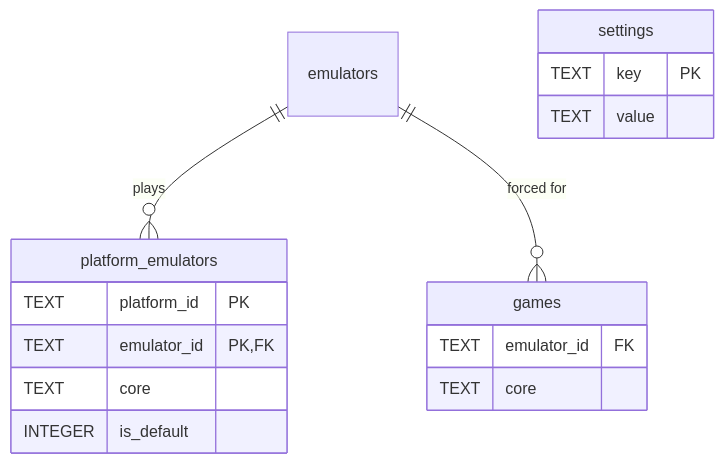
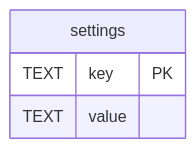
One commit to alexisiba/ilnamiki changed the second of 2 diagrams in DATABASE.md. Above: the diagram before and after it, drawn with Mermaid. The commit also changed other lines of this file and 43 other files, not shown here.

First line of the commit message:
Choose the core a platform's games and each game play with

````diff
--- a/DATABASE.md
+++ b/DATABASE.md
@@ -196,20 +221,7 @@
 ```mermaid
 erDiagram
-    emulators ||--o{ platform_emulators : "plays"
-    emulators ||--o{ games : "forced for"
-
-    platform_emulators {
-        TEXT platform_id PK
-        TEXT emulator_id PK, FK
-        TEXT core
-        INTEGER is_default
-    }
-    games {
-        TEXT emulator_id FK
-        TEXT core
-    }
     settings {
         TEXT key PK
         TEXT value
     }
 ```
````
